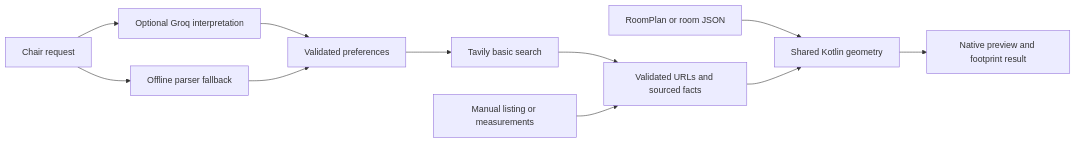
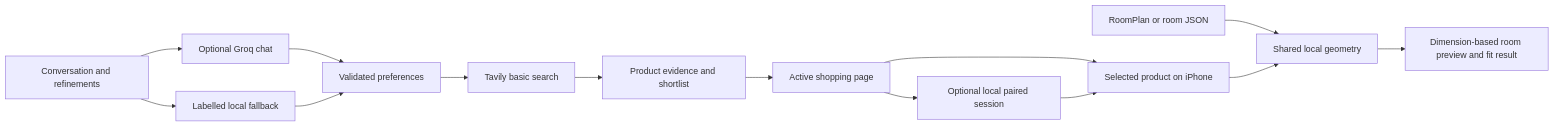
One commit to Ansester/RoomWise changed the diagram in README.md. Above: the diagram before and after it, drawn with Mermaid. The commit also changed other lines of this file and 48 other files, not shown here.

Commit message:
Connect shopping chat, product swipes and live phone previews

````diff
--- a/README.md
+++ b/README.md
@@ -69,13 +82,16 @@
 ```mermaid
 flowchart LR
-    User[Chair request] --> Groq[Optional Groq interpretation]
-    Groq --> Prefs[Validated preferences]
-    User --> Local[Offline parser fallback]
+    Chat[Conversation and refinements] --> LLM[Optional Groq chat]
+    Chat --> Local[Labelled local fallback]
+    LLM --> Prefs[Validated preferences]
     Local --> Prefs
     Prefs --> Search[Tavily basic search]
-    Search --> Facts[Validated URLs and sourced facts]
-    Manual[Manual listing or measurements] --> Facts
-    Room[RoomPlan or room JSON] --> Geometry[Shared Kotlin geometry]
-    Facts --> Geometry
-    Geometry --> UI[Native preview and footprint result]
+    Search --> Products[Product evidence and shortlist]
+    Products --> Pages[Active shopping page]
+    Pages --> Phone[Selected product on iPhone]
+    Pages --> Pair[Optional local paired session]
+    Pair --> Phone
+    Room[RoomPlan or room JSON] --> Geometry[Shared local geometry]
+    Phone --> Geometry
+    Geometry --> Preview[Dimension-based room preview and fit result]
 ```
````
